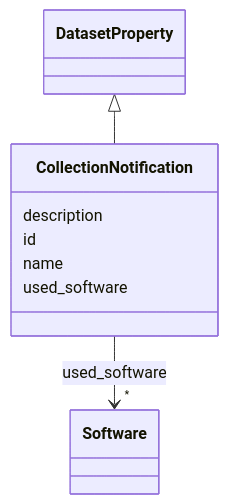
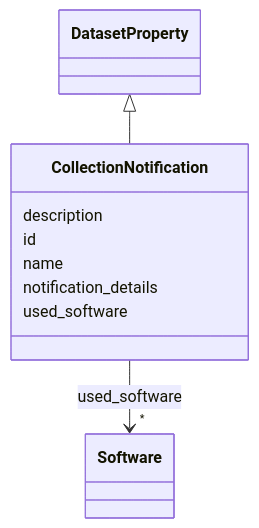
The diagram in docs/CollectionNotification.md (bridge2ai/data-sheets-schema), drawn with Mermaid before and after one commit. The commit also changed other lines of this file and 682 other files, not shown here.

````diff
--- a/docs/CollectionNotification.md
+++ b/docs/CollectionNotification.md
@@ -20,26 +20,28 @@
 ```mermaid
  classDiagram
     class CollectionNotification
     click CollectionNotification href "../CollectionNotification/"
       DatasetProperty <|-- CollectionNotification
         click DatasetProperty href "../DatasetProperty/"
       
       CollectionNotification : description
         
       CollectionNotification : id
         
       CollectionNotification : name
+        
+      CollectionNotification : notification_details
         
       CollectionNotification : used_software
         
           
     
         
         
         CollectionNotification --> "*" Software : used_software
         click Software href "../Software/"
     
 
         
       
 ```
````
